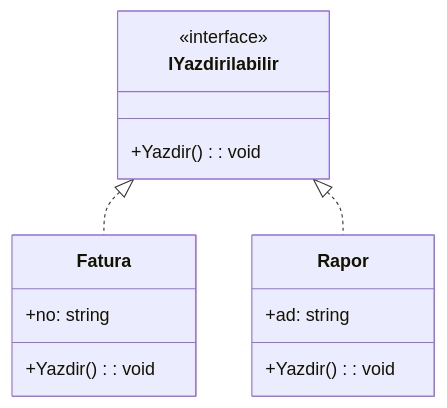
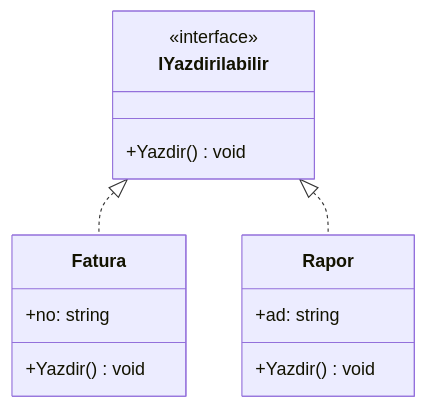
The third of 3 diagrams in Hafta03/README.md (ibrahimayaz/Nesne-Yonelimli-Programlama-2025), drawn with Mermaid before and after one commit. The commit also changed other lines of this file, not shown here.

````diff
--- a/Hafta03/README.md
+++ b/Hafta03/README.md
@@ -67,17 +67,17 @@
 ```mermaid
 classDiagram
     class IYazdirilabilir {
       <<interface>>
-      +Yazdir(): void
+      +Yazdir() void
     }
     class Fatura {
       +no: string
-      +Yazdir(): void
+      +Yazdir() void
     }
     class Rapor {
       +ad: string
-      +Yazdir(): void
+      +Yazdir() void
     }
     IYazdirilabilir <|.. Fatura
     IYazdirilabilir <|.. Rapor
 ```
````
